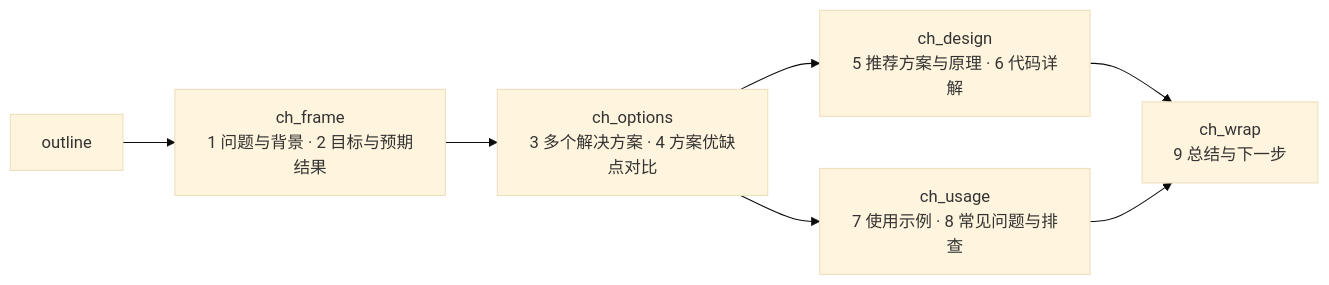
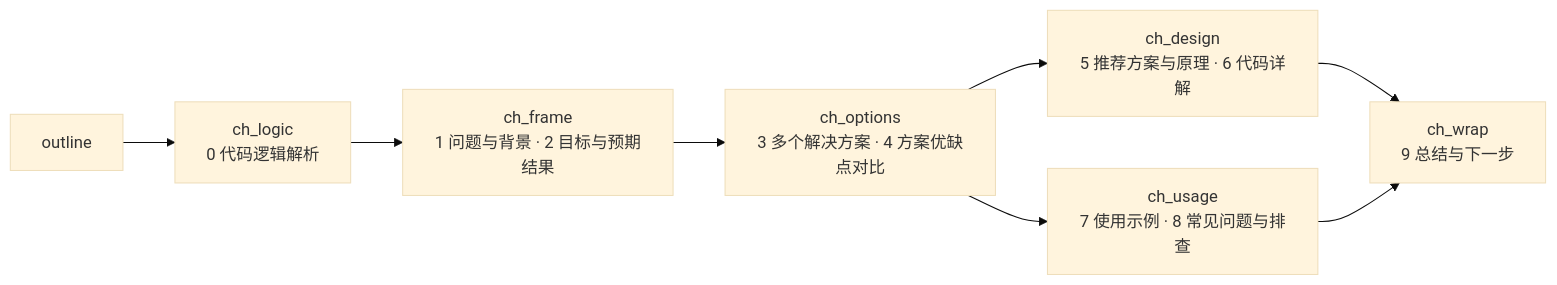
The diagram in docs/learn-loop-doc-writing-logic.md (qiongtubao/latte-rs-agents), drawn with Mermaid (base theme) before and after one commit. The commit also changed other lines of this file and 46 other files, not shown here.

````diff
--- a/docs/learn-loop-doc-writing-logic.md
+++ b/docs/learn-loop-doc-writing-logic.md
@@ -115,9 +117,10 @@
 ```mermaid
 flowchart LR
-  O["outline"] --> F["ch_frame<br/>1 问题与背景 · 2 目标与预期结果"]
+  O["outline"] --> L["ch_logic<br/>0 代码逻辑解析"]
+  L --> F["ch_frame<br/>1 问题与背景 · 2 目标与预期结果"]
   F --> P["ch_options<br/>3 多个解决方案 · 4 方案优缺点对比"]
   P --> D["ch_design<br/>5 推荐方案与原理 · 6 代码详解"]
   P --> U["ch_usage<br/>7 使用示例 · 8 常见问题与排查"]
   D --> W["ch_wrap<br/>9 总结与下一步"]
   U --> W
 ```
````
